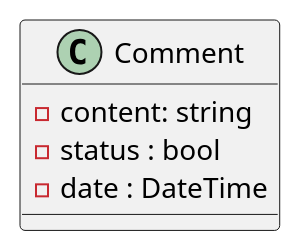
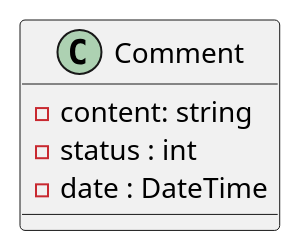
One commit to laurasullyalexandrine/the2dbubbles changed the diagram in diagrammes-uml/Class/Comment.puml. Above: the diagram before and after it, drawn with PlantUML. The commit also changed 11 other files, not shown here.

```diff
--- a/diagrammes-uml/Class/Comment.puml
+++ b/diagrammes-uml/Class/Comment.puml
@@ -1,11 +1,11 @@
 @startuml Comment
 
 Class Comment {
 
     - content: string
-    - status : bool
+    - status : int
     - date : DateTime 
 
 }
 
 @enduml
```
